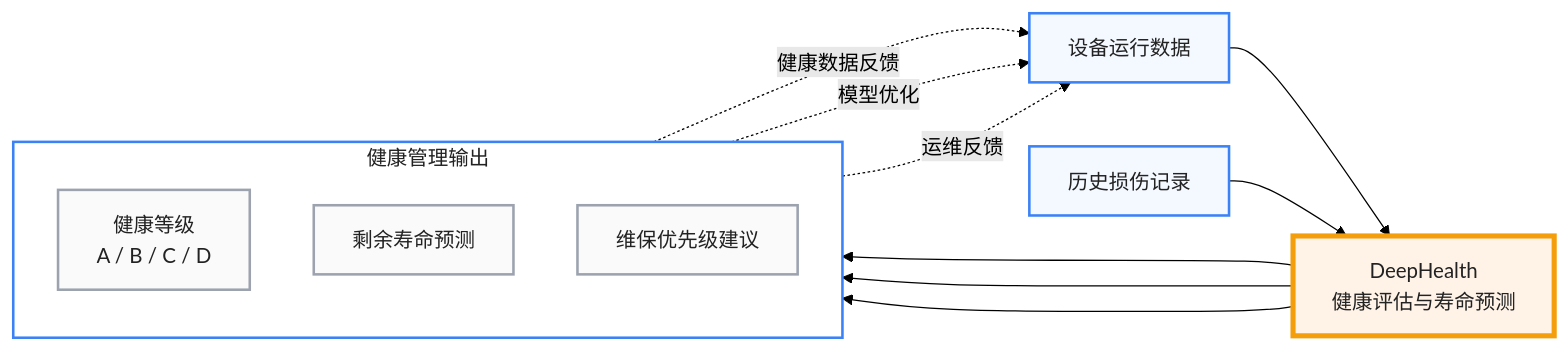
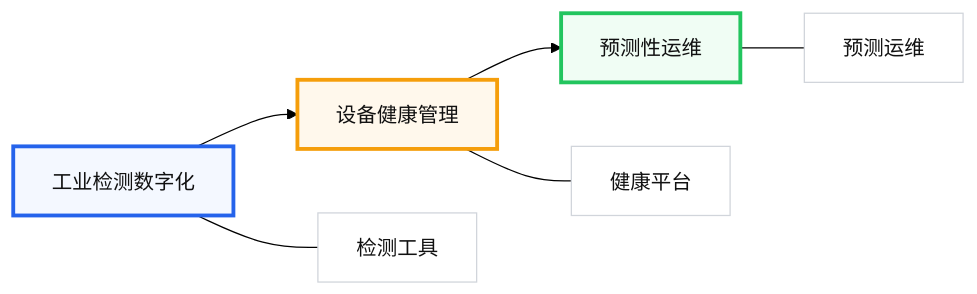
The diagram in all/未命名.md (LGS91/iodraw-files), drawn with Mermaid (forest theme) before and after one commit.

Commit message:
2026-07-07 11:22:22 update

````diff
--- a/all/未命名.md
+++ b/all/未命名.md
@@ -1,37 +1,25 @@
 ```mermaid
 flowchart LR
 
-A["设备运行数据"]
-B["历史损伤记录"]
+A["工业检测数字化"]
+B["设备健康管理"]
+C["预测性运维"]
 
-C["DeepHealth<br/>健康评估与寿命预测"]
+A --> B --> C
 
-subgraph D["健康管理输出"]
-direction TB
-D1["健康等级<br/>A / B / C / D"]
-D2["剩余寿命预测"]
-D3["维保优先级建议"]
-end
+T1["检测工具"]
+T2["健康平台"]
+T3["预测运维"]
 
-A --> C
-B --> C
+A --- T1
+B --- T2
+C --- T3
 
-C --> D1
-C --> D2
-C --> D3
+style A fill:#F4F8FF,stroke:#2563EB,stroke-width:3px,color:#111111
+style B fill:#FFF8EC,stroke:#F59E0B,stroke-width:3px,color:#111111
+style C fill:#F0FDF4,stroke:#22C55E,stroke-width:3px,color:#111111
 
-D1 -. 健康数据反馈 .-> A
-D2 -. 模型优化 .-> A
-D3 -. 运维反馈 .-> A
-
-style A fill:#F4F8FF,stroke:#3B82F6,stroke-width:2px,color:#222
-style B fill:#F4F8FF,stroke:#3B82F6,stroke-width:2px,color:#222
-
-style C fill:#FFF3E8,stroke:#F59E0B,stroke-width:4px,color:#222
-
-style D1 fill:#FAFAFA,stroke:#9CA3AF,stroke-width:2px,color:#222
-style D2 fill:#FAFAFA,stroke:#9CA3AF,stroke-width:2px,color:#222
-style D3 fill:#FAFAFA,stroke:#9CA3AF,stroke-width:2px,color:#222
-
-style D fill:#FFFFFF,stroke:#3B82F6,stroke-width:2px,color:#222
+style T1 fill:#FFFFFF,stroke:#D1D5DB,color:#111111
+style T2 fill:#FFFFFF,stroke:#D1D5DB,color:#111111
+style T3 fill:#FFFFFF,stroke:#D1D5DB,color:#111111
 ```
````
